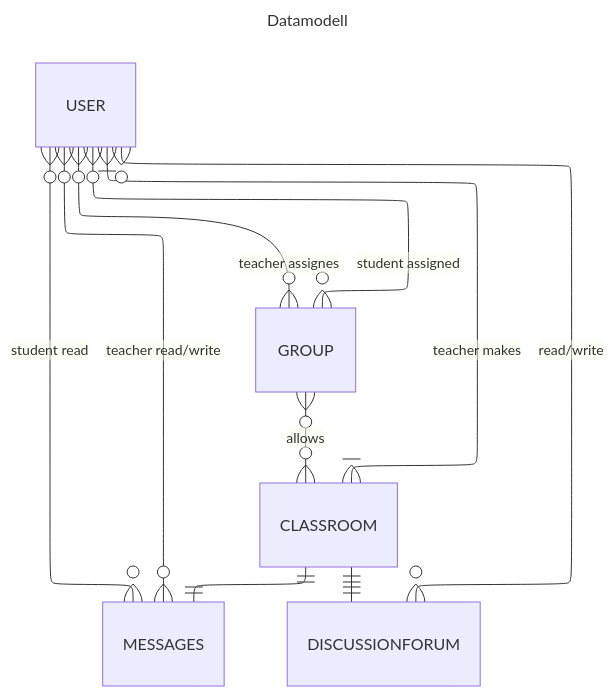
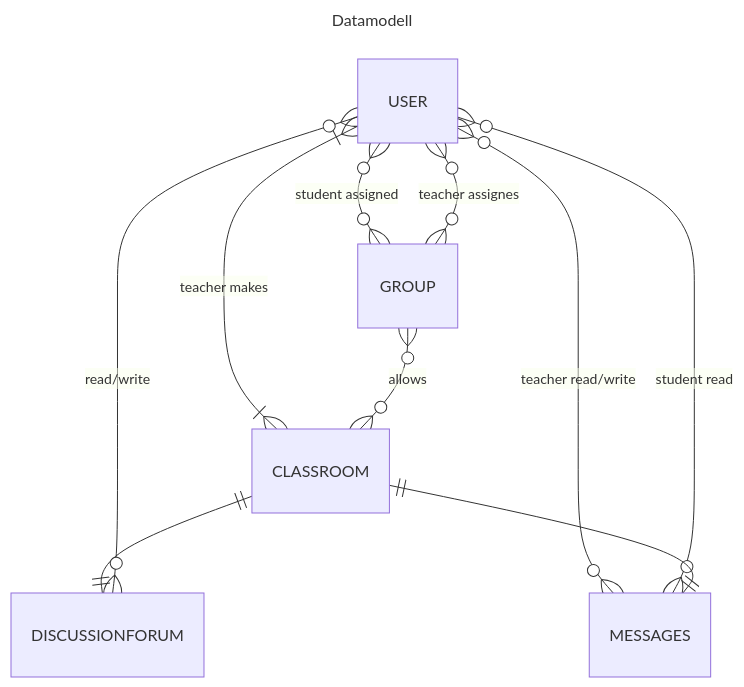
The first of 2 diagrams in OPPGAVE.md (emilkor1/data1500-oving-04), drawn with Mermaid before and after one commit. The commit also changed other lines of this file, not shown here.

Commit message:
chore: remove layout elk as it did not work in GitHub

````diff
--- a/OPPGAVE.md
+++ b/OPPGAVE.md
@@ -48,20 +48,18 @@
 ```mermaid
 ---
 title: Datamodell
-config:
-  layout: elk
 ---
 erDiagram
     USER one or more to one or more CLASSROOM : "teacher makes"
     GROUP zero or more to zero or more CLASSROOM : allows
     USER zero or more to zero or more GROUP : "student assigned"
     USER zero or more to zero or more GROUP : "teacher assignes"
     
     
     USER zero or more to zero or more MESSAGES : "teacher read/write"
     USER zero or more to zero or more MESSAGES : "student read"
 
     CLASSROOM one to one DISCUSSIONFORUM : ""
     CLASSROOM one to one MESSAGES : ""
     USER zero or more to zero or more DISCUSSIONFORUM : "read/write"
 ```
````
